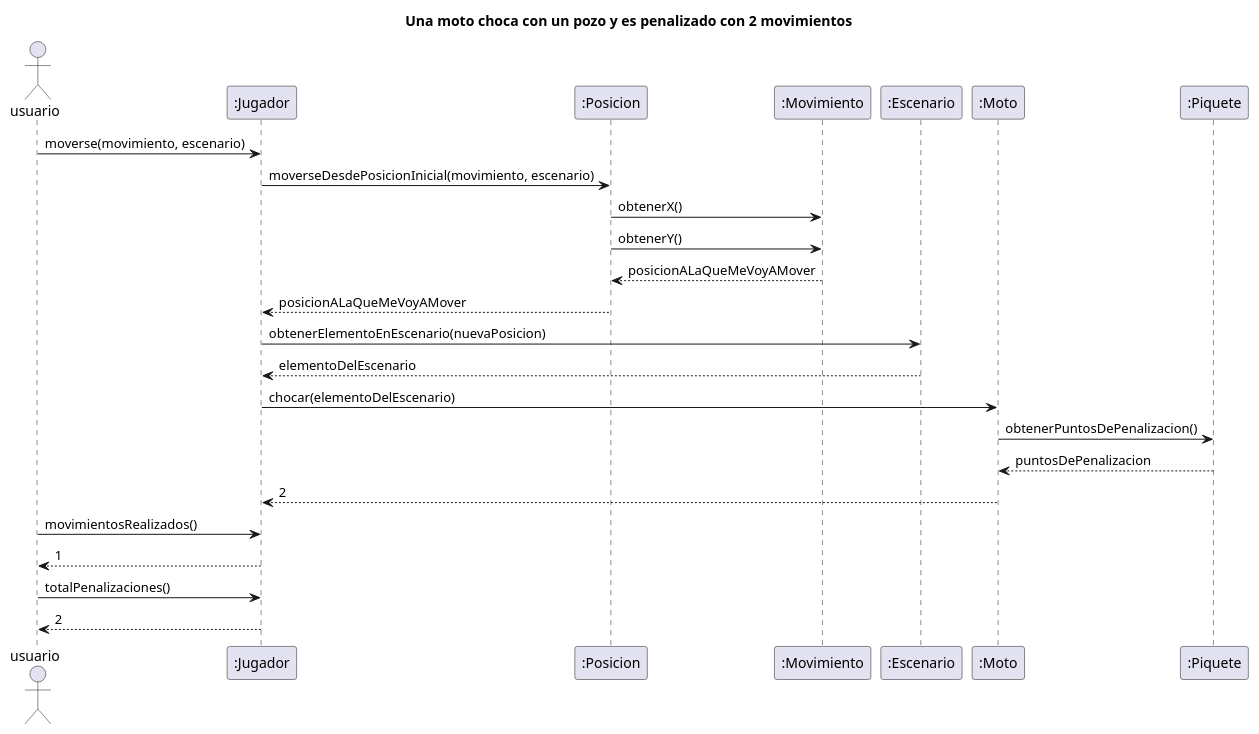
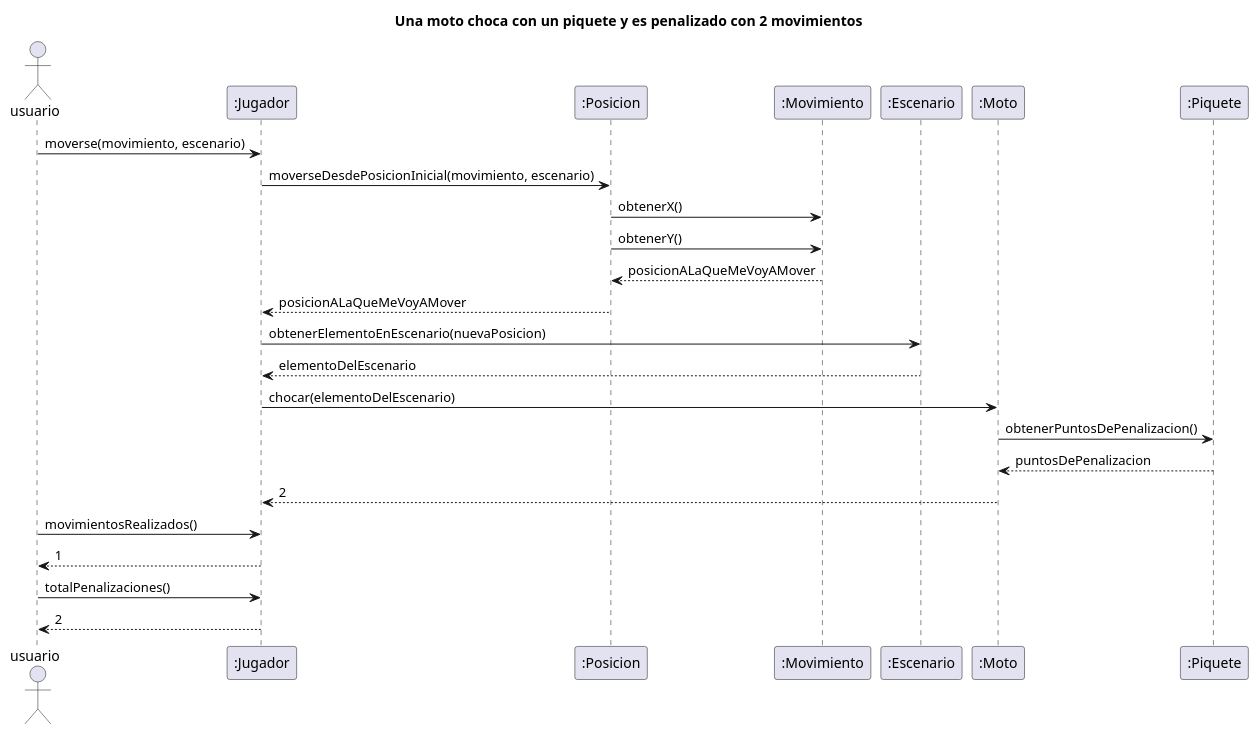
One commit to NestorPala/T17-GPSChallenge changed the diagram in diagrams/sequences/moto_choca_piquete.puml. Above: the diagram before and after it, drawn with PlantUML. The commit also changed 3 other files, not shown here.

Commit message:
Corrección título diagramas de secuencia

```diff
--- a/diagrams/sequences/moto_choca_piquete.puml
+++ b/diagrams/sequences/moto_choca_piquete.puml
@@ -1,23 +1,23 @@
 @startuml
-title Una moto choca con un pozo y es penalizado con 2 movimientos
+title Una moto choca con un piquete y es penalizado con 2 movimientos
 
 Actor usuario
 
 "usuario" -> ":Jugador": moverse(movimiento, escenario)
 ":Jugador" -> ":Posicion": moverseDesdePosicionInicial(movimiento, escenario)
 ":Posicion" -> ":Movimiento": obtenerX()
 ":Posicion" -> ":Movimiento": obtenerY()
 return posicionALaQueMeVoyAMover
 ":Posicion" --> ":Jugador": posicionALaQueMeVoyAMover
 ":Jugador" -> ":Escenario": obtenerElementoEnEscenario(nuevaPosicion)
 ":Escenario" --> ":Jugador": elementoDelEscenario
 ":Jugador" -> ":Moto": chocar(elementoDelEscenario)
 ":Moto" -> ":Piquete": obtenerPuntosDePenalizacion()
 return puntosDePenalizacion
 ":Moto" --> ":Jugador": 2
 "usuario" -> ":Jugador": movimientosRealizados()
 return 1
 "usuario" -> ":Jugador": totalPenalizaciones()
 return 2
 
 @enduml
```
